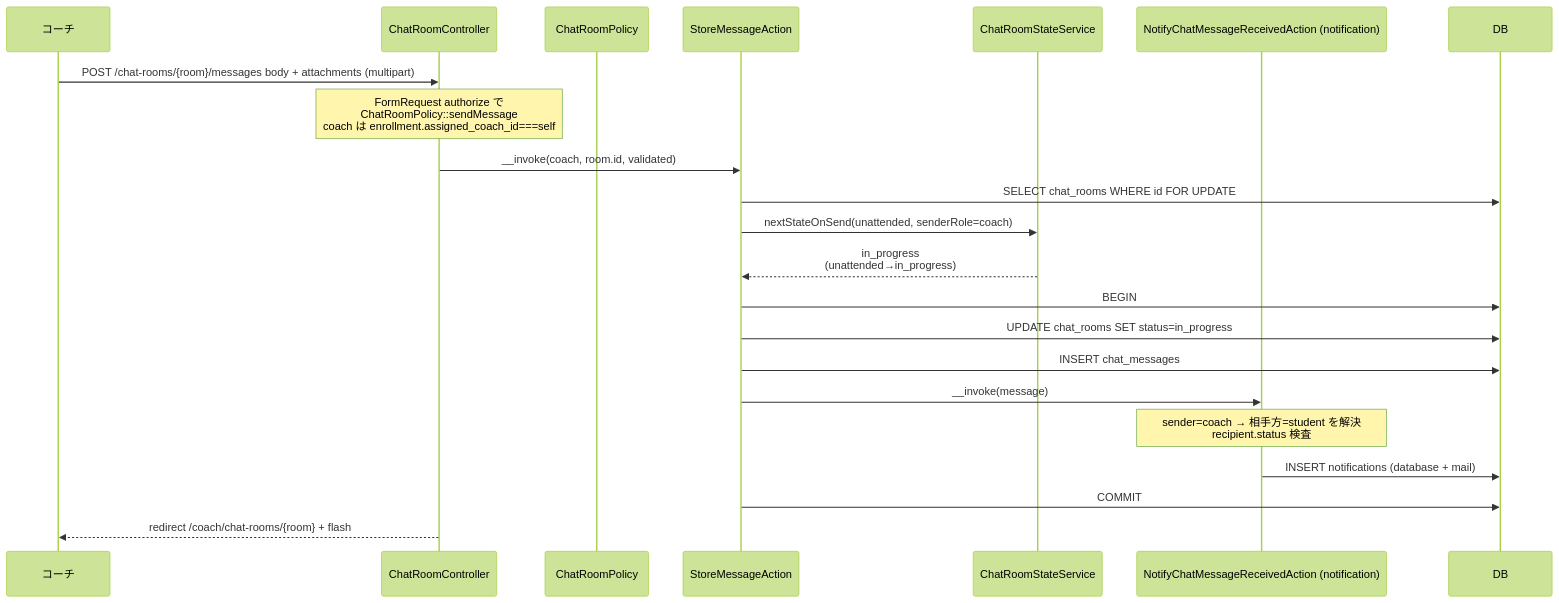
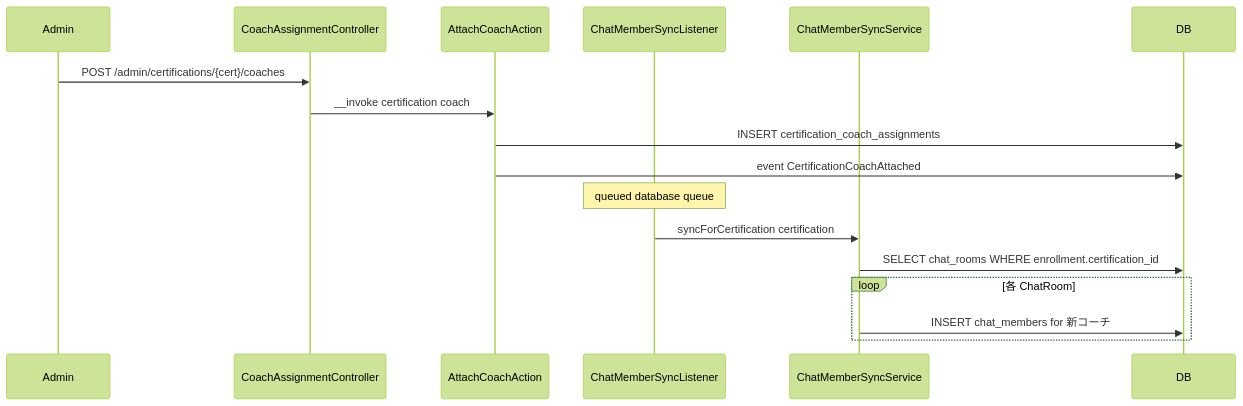
Before and after one commit to coachtech-mockcase-second/ExampleAnswer-mockcase-CertifyLMS: the second of 5 diagrams in docs/specs/chat/design.md, drawn with Mermaid (forest theme). The commit also changed other lines of this file and 67 other files, not shown here.

````diff
--- a/docs/specs/chat/design.md
+++ b/docs/specs/chat/design.md
@@ -57,25 +65,20 @@
 ```mermaid
 sequenceDiagram
-    participant Coach as コーチ
-    participant CRC as ChatRoomController
-    participant Pol as ChatRoomPolicy
-    participant SMA as StoreMessageAction
-    participant CRS as ChatRoomStateService
-    participant Notif as NotifyChatMessageReceivedAction (notification)
-    participant DB as DB
+    participant Admin
+    participant CCC as CoachAssignmentController
+    participant ACA as AttachCoachAction
+    participant Listener as ChatMemberSyncListener
+    participant CMSync as ChatMemberSyncService
+    participant DB
 
-    Coach->>CRC: POST /chat-rooms/{room}/messages body + attachments (multipart)
-    Note over CRC: FormRequest authorize で<br/>ChatRoomPolicy::sendMessage<br/>coach は enrollment.assigned_coach_id===self
-    CRC->>SMA: __invoke(coach, room.id, validated)
-    SMA->>DB: SELECT chat_rooms WHERE id FOR UPDATE
-    SMA->>CRS: nextStateOnSend(unattended, senderRole=coach)
-    CRS-->>SMA: in_progress<br/>(unattended→in_progress)
-    SMA->>DB: BEGIN
-    SMA->>DB: UPDATE chat_rooms SET status=in_progress
-    SMA->>DB: INSERT chat_messages
-    SMA->>Notif: __invoke(message)
-    Note over Notif: sender=coach → 相手方=student を解決<br/>recipient.status 検査
-    Notif->>DB: INSERT notifications (database + mail)
-    SMA->>DB: COMMIT
-    CRC-->>Coach: redirect /coach/chat-rooms/{room} + flash
+    Admin->>CCC: POST /admin/certifications/{cert}/coaches
+    CCC->>ACA: __invoke certification coach
+    ACA->>DB: INSERT certification_coach_assignments
+    ACA->>DB: event CertificationCoachAttached
+    Note over Listener: queued database queue
+    Listener->>CMSync: syncForCertification certification
+    CMSync->>DB: SELECT chat_rooms WHERE enrollment.certification_id
+    loop 各 ChatRoom
+        CMSync->>DB: INSERT chat_members for 新コーチ
+    end
 ```
````
